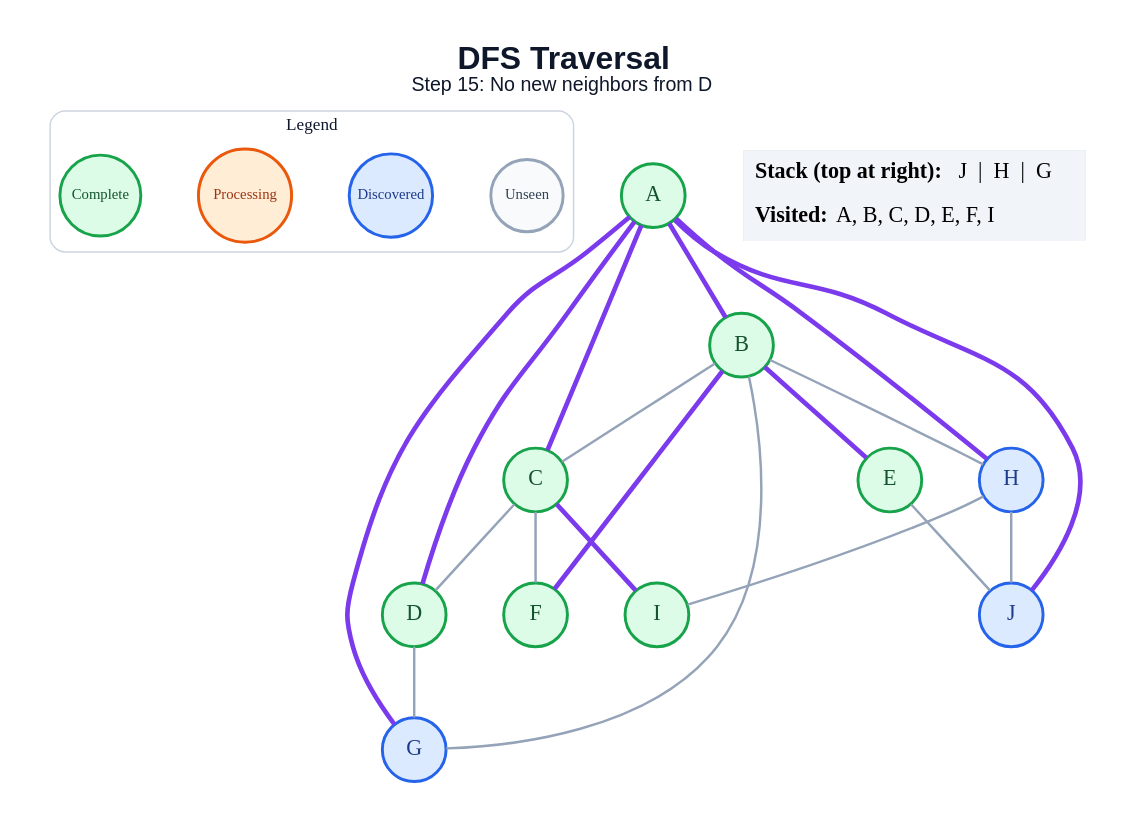
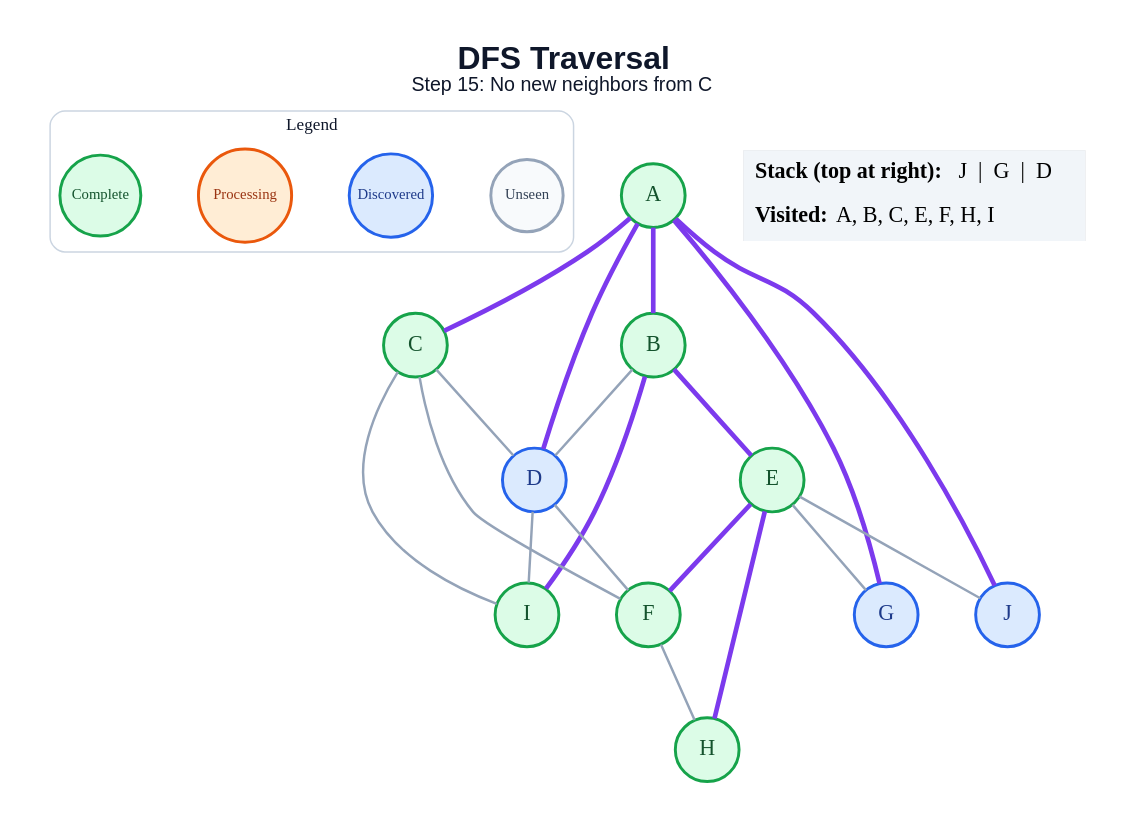
One commit to amanghodawala9/ai-slop changed the diagram in generated/dfs/step_15.dot. Above: the diagram before and after it, drawn with Graphviz. The commit also changed 178 other files, not shown here.

```diff
--- a/generated/dfs/step_15.dot
+++ b/generated/dfs/step_15.dot
@@ -1,47 +1,47 @@
 graph traversal {
   graph [layout=dot, rankdir=TB, bgcolor="#FFFFFF", pad="0.35", nodesep="0.65", ranksep="0.8", fontname="Arial"];
   node [shape=circle, style="filled", fontname="Arial Bold", fontsize=18, width=0.72, fixedsize=true, penwidth=2.4];
   edge [color="#94A3B8", penwidth=2.0];
-  label=<<B>DFS Traversal</B><BR/><FONT POINT-SIZE="16">Step 15: No new neighbors from D</FONT>>; labelloc="t"; fontsize=26; fontname="Arial"; fontcolor="#0F172A";
+  label=<<B>DFS Traversal</B><BR/><FONT POINT-SIZE="16">Step 15: No new neighbors from C</FONT>>; labelloc="t"; fontsize=26; fontname="Arial"; fontcolor="#0F172A";
   subgraph cluster_legend { label="Legend"; color="#CBD5E1"; penwidth=1.2; style="rounded"; fontsize=14; fontname="Arial Bold";
     key_unseen [label="Unseen", fillcolor="#F8FAFC", color="#94A3B8", fontcolor="#334155", fontsize=12, width=0.82];
     key_frontier [label="Discovered", fillcolor="#DBEAFE", color="#2563EB", fontcolor="#1E3A8A", fontsize=12, width=0.95];
     key_current [label="Processing", fillcolor="#FFEDD5", color="#EA580C", fontcolor="#9A3412", fontsize=12, width=1.05];
     key_done [label="Complete", fillcolor="#DCFCE7", color="#16A34A", fontcolor="#14532D", fontsize=12, width=0.92];
     { rank=same; key_unseen; key_frontier; key_current; key_done; }
   }
   A [fillcolor="#DCFCE7", color="#16A34A", fontcolor="#14532D"];
   B [fillcolor="#DCFCE7", color="#16A34A", fontcolor="#14532D"];
   C [fillcolor="#DCFCE7", color="#16A34A", fontcolor="#14532D"];
-  D [fillcolor="#DCFCE7", color="#16A34A", fontcolor="#14532D"];
+  D [fillcolor="#DBEAFE", color="#2563EB", fontcolor="#1E3A8A"];
   E [fillcolor="#DCFCE7", color="#16A34A", fontcolor="#14532D"];
   F [fillcolor="#DCFCE7", color="#16A34A", fontcolor="#14532D"];
   G [fillcolor="#DBEAFE", color="#2563EB", fontcolor="#1E3A8A"];
-  H [fillcolor="#DBEAFE", color="#2563EB", fontcolor="#1E3A8A"];
+  H [fillcolor="#DCFCE7", color="#16A34A", fontcolor="#14532D"];
   I [fillcolor="#DCFCE7", color="#16A34A", fontcolor="#14532D"];
   J [fillcolor="#DBEAFE", color="#2563EB", fontcolor="#1E3A8A"];
   A -- B [color="#7C3AED", penwidth=3.8];
   A -- C [color="#7C3AED", penwidth=3.8];
   A -- D [color="#7C3AED", penwidth=3.8];
   A -- G [color="#7C3AED", penwidth=3.8];
-  A -- H [color="#7C3AED", penwidth=3.8];
   A -- J [color="#7C3AED", penwidth=3.8];
-  B -- C;
+  B -- D;
   B -- E [color="#7C3AED", penwidth=3.8];
-  B -- F [color="#7C3AED", penwidth=3.8];
-  B -- G;
-  B -- H;
+  B -- I [color="#7C3AED", penwidth=3.8];
   C -- D;
   C -- F;
-  C -- I [color="#7C3AED", penwidth=3.8];
-  D -- G;
+  C -- I;
+  D -- F;
+  D -- I;
+  E -- F [color="#7C3AED", penwidth=3.8];
+  E -- G;
+  E -- H [color="#7C3AED", penwidth=3.8];
   E -- J;
-  H -- I;
-  H -- J;
+  F -- H;
   status [shape=plain, fixedsize=false, width=0, height=0, margin=0, label=<
     <TABLE BORDER="0" CELLBORDER="0" CELLPADDING="7" BGCOLOR="#F1F5F9">
-      <TR><TD ALIGN="LEFT"><B>Stack (top at right):</B> J  |  H  |  G</TD></TR>
-      <TR><TD ALIGN="LEFT"><B>Visited:</B> A, B, C, D, E, F, I</TD></TR>
+      <TR><TD ALIGN="LEFT"><B>Stack (top at right):</B> J  |  G  |  D</TD></TR>
+      <TR><TD ALIGN="LEFT"><B>Visited:</B> A, B, C, E, F, H, I</TD></TR>
     </TABLE>
   >];
 }
```
